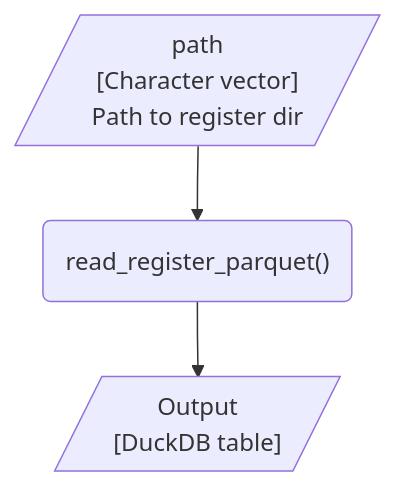
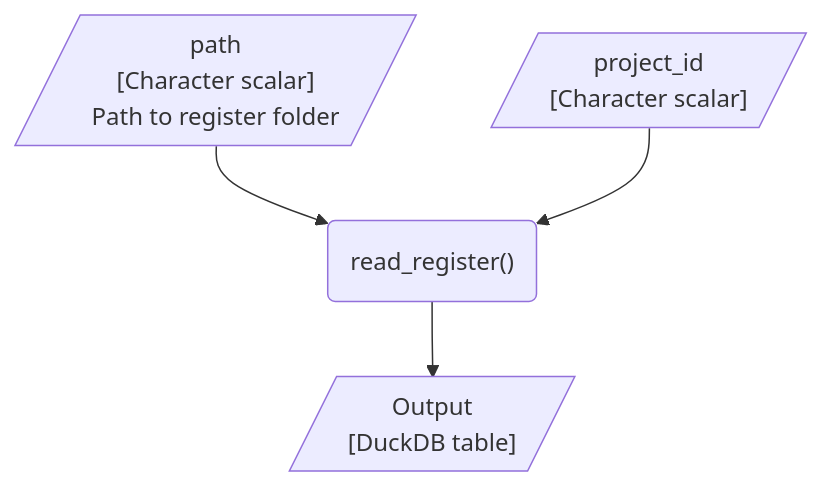
One commit to dp-next/registers2parquet changed the third of 3 diagrams in vignettes/design.qmd. Above: the diagram before and after it, drawn with Mermaid. The commit also changed other lines of this file, not shown here.

Commit message:
docs: :pencil2: apply suggestions from review

````diff
--- a/vignettes/design.qmd
+++ b/vignettes/design.qmd
@@ -94,13 +93,17 @@
 ```{mermaid}
 %%| label: fig-flow-use
 %%| fig-cap: "Flow of the expected flow of reading a Parquet register that was created with the `registers2parquet` package."
 %%| fig-alt: "A flowchart showing the expected flow of reading a Parquet register created with the `registers2parquet` package. It includes using the register name to read a specific register into the R session using the `read_register_parquet()` function, which outputs the register as a DuckDB table."
 flowchart TD
 
-    path[/"path<br>[Character vector]"<br>Path to register dir/]
-    read_register_parquet("read_register_parquet()")
+    project_id[/"project_id<br>[Character scalar]"/]
+    path[/"path<br>[Character scalar]<br>Path to register folder"/]
+
+    read_register("read_register()")
+
     output[/"Output<br>[DuckDB table]"/]
 
     %% Edges
-    path --> read_register_parquet --> output
+    path & project_id --> read_register --> output
+
 ```
````
